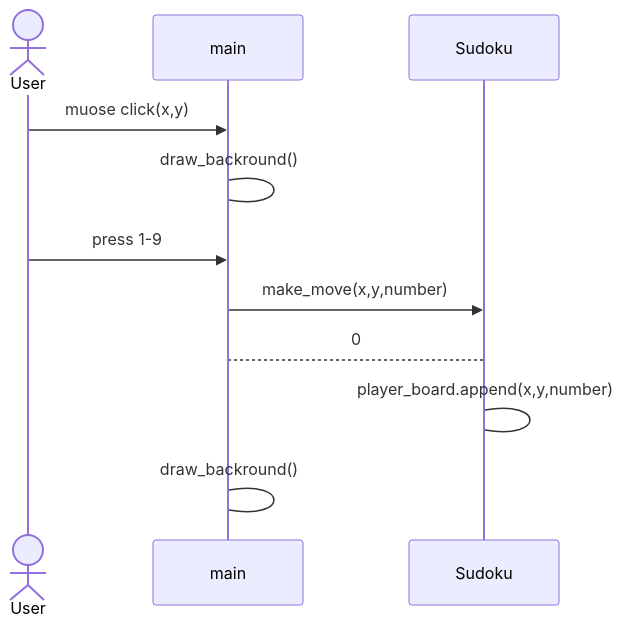
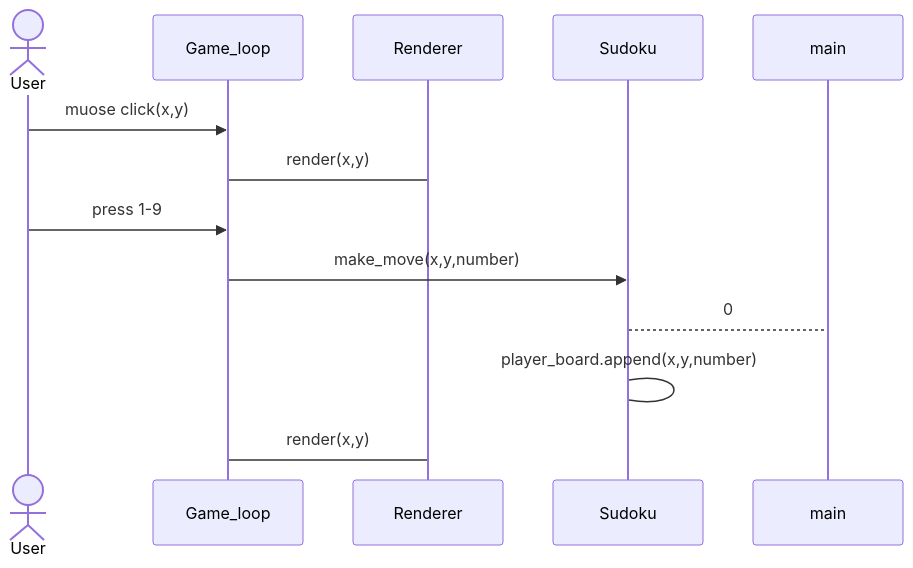
One commit to Nanotiike/ot-harjoitustyo changed the diagram in dokumentaatio/arkkitehtuuri.md. Above: the diagram before and after it, drawn with Mermaid.

````diff
--- a/dokumentaatio/arkkitehtuuri.md
+++ b/dokumentaatio/arkkitehtuuri.md
@@ -12,13 +12,14 @@
 ```mermaid
 sequenceDiagram
   actor User
-  participant main
+  participant Game_loop
+  participant Renderer
   participant Sudoku
-  User ->> main: muose click(x,y)
-  main -> main: draw_backround()
-  User ->> main: press 1-9
-  main ->> Sudoku: make_move(x,y,number)
+  User ->> Game_loop: muose click(x,y)
+  Game_loop -> Renderer: render(x,y)
+  User ->> Game_loop: press 1-9
+  Game_loop ->> Sudoku: make_move(x,y,number)
   Sudoku --> main: 0
   Sudoku -> Sudoku: player_board.append(x,y,number)
-  main -> main: draw_backround()
+  Game_loop -> Renderer: render(x,y)
 ```
````
